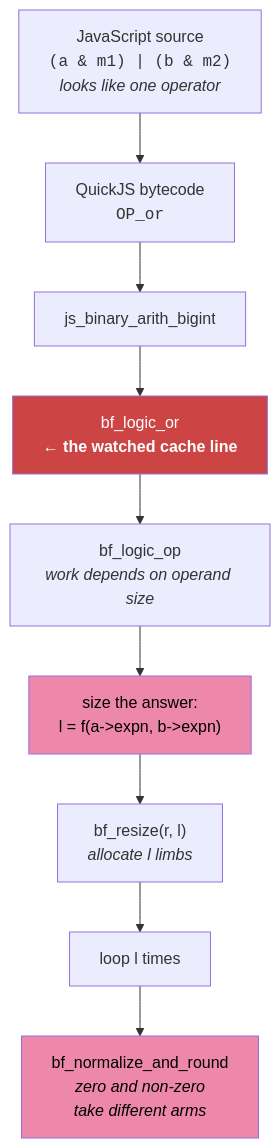
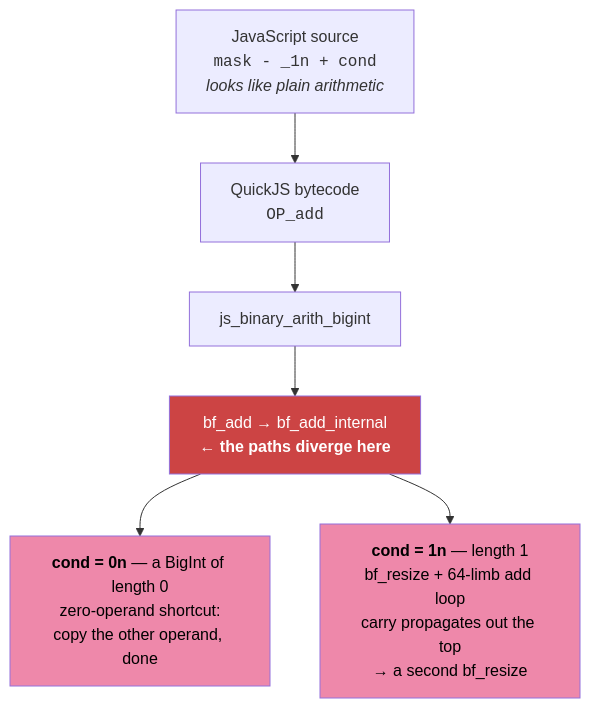
One commit to ubc-systopia/SCAR_Artifact changed the diagram in experiments/quickjs_rsa/openpgp_patch_rsa/artifact_select_ps/EXPLANATION.md. Above: the diagram before and after it, drawn with Mermaid. The commit also changed other lines of this file and 20 other files, not shown here.

````diff
--- a/experiments/quickjs_rsa/openpgp_patch_rsa/artifact_select_ps/EXPLANATION.md
+++ b/experiments/quickjs_rsa/openpgp_patch_rsa/artifact_select_ps/EXPLANATION.md
@@ -99,19 +125,17 @@
 ```mermaid
 flowchart TD
-    JS["JavaScript source<br/><code>(a &amp; m1) | (b &amp; m2)</code><br/><i>looks like one operator</i>"]
-    OP["QuickJS bytecode<br/><code>OP_or</code>"]
+    JS["JavaScript source<br/><code>mask - _1n + cond</code><br/><i>looks like plain arithmetic</i>"]
+    OP["QuickJS bytecode<br/><code>OP_add</code>"]
     BIN["js_binary_arith_bigint"]
-    OR["bf_logic_or<br/><b>← the watched cache line</b>"]
-    LOP["bf_logic_op<br/><i>work depends on operand size</i>"]
-    SZ["size the answer:<br/>l = f(a-&gt;expn, b-&gt;expn)"]
-    RS["bf_resize(r, l)<br/><i>allocate l limbs</i>"]
-    LOOP["loop l times"]
-    NORM["bf_normalize_and_round<br/><i>zero and non-zero<br/>take different arms</i>"]
+    ADD["bf_add → bf_add_internal<br/><b>← the paths diverge here</b>"]
+    Z["<b>cond = 0n</b> — a BigInt of length 0<br/>zero-operand shortcut:<br/>copy the other operand, done"]
+    NZ["<b>cond = 1n</b> — length 1<br/>bf_resize + 64-limb add loop<br/>carry propagates out the top<br/>→ a second bf_resize"]
 
-    JS --> OP --> BIN --> OR --> LOP
-    LOP --> SZ --> RS --> LOOP --> NORM
+    JS --> OP --> BIN --> ADD
+    ADD --> Z
+    ADD --> NZ
 
-    style OR fill:#c44,color:#fff
-    style SZ fill:#e8a,color:#000
-    style NORM fill:#e8a,color:#000
+    style ADD fill:#c44,color:#fff
+    style Z fill:#e8a,color:#000
+    style NZ fill:#e8a,color:#000
 ```
````
